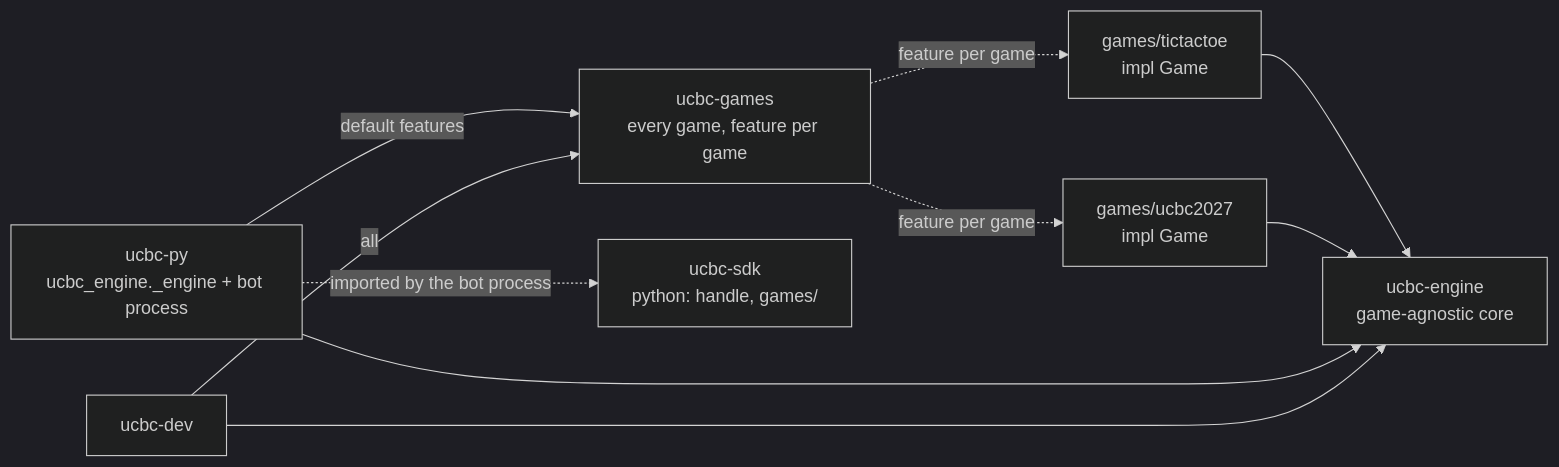
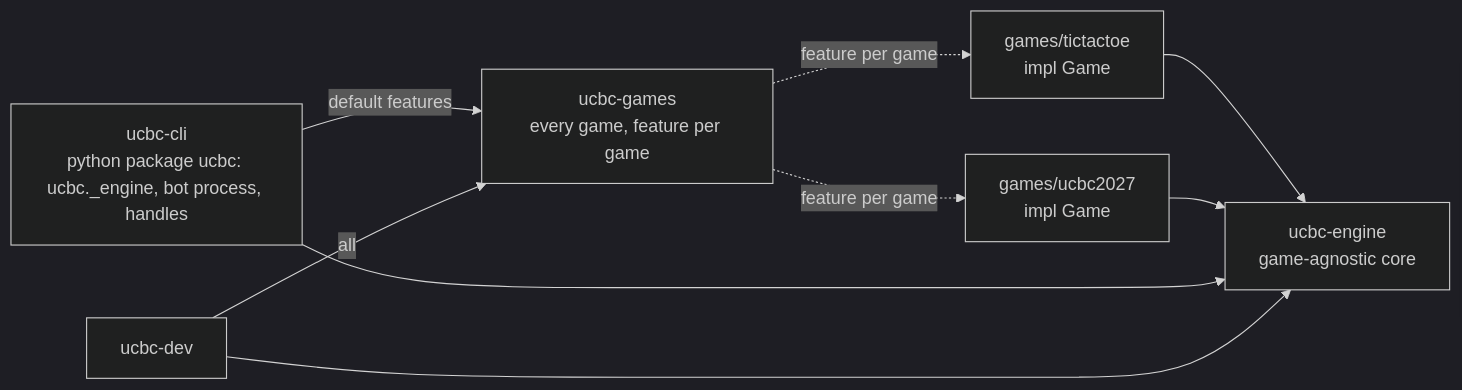
The first of 4 diagrams in docs/engine.md (aheschl1/ucalgarybc2027), drawn with Mermaid (dark theme) before and after one commit. The commit also changed other lines of this file and 45 other files, not shown here.

First line of the commit message:
one python package: ucbc-py and ucbc-sdk become ucbc-cli, import ucbc

````diff
--- a/docs/engine.md
+++ b/docs/engine.md
@@ -5,19 +5,17 @@
 ```mermaid
 graph LR
     engine[ucbc-engine<br/>game-agnostic core]
     ttt[games/tictactoe<br/>impl Game]
     g27[games/ucbc2027<br/>impl Game]
     games[ucbc-games<br/>every game, feature per game]
-    py[ucbc-py<br/>ucbc_engine._engine + bot process]
+    py[ucbc-cli<br/>python package ucbc: ucbc._engine, bot process, handles]
     cli[ucbc-dev]
-    sdk[ucbc-sdk<br/>python: handle, games/]
     ttt --> engine
     games -. feature per game .-> ttt
     games -. feature per game .-> g27
     g27 --> engine
     py --> engine
     py -- default features --> games
     cli --> engine
     cli -- all --> games
-    py -. imported by the bot process .-> sdk
 ```
````
